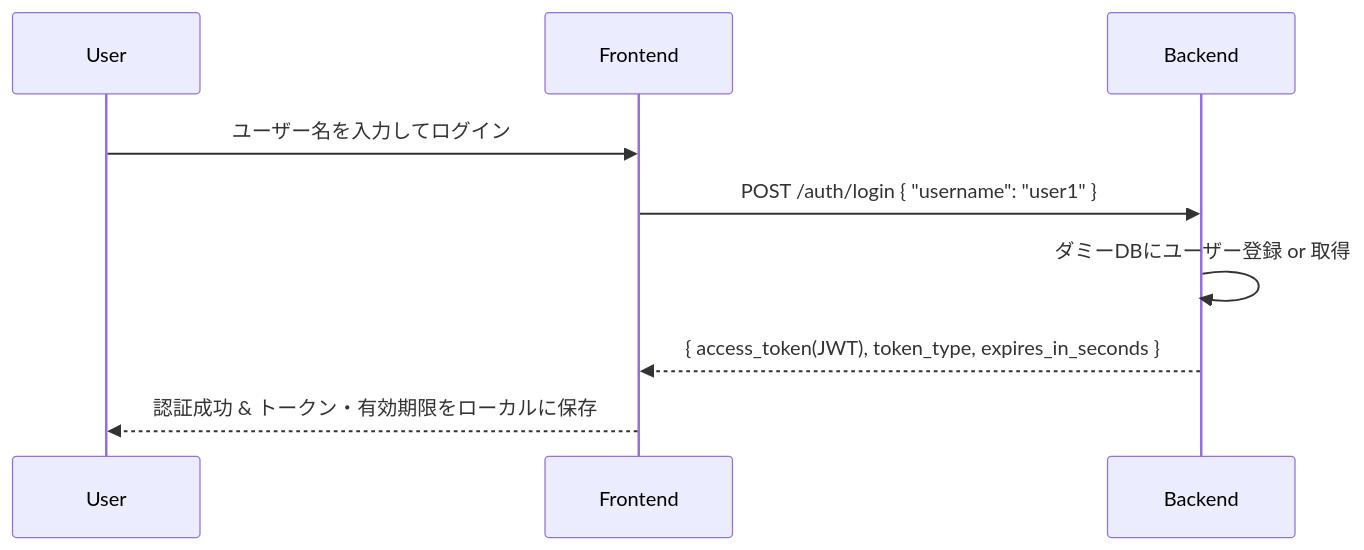
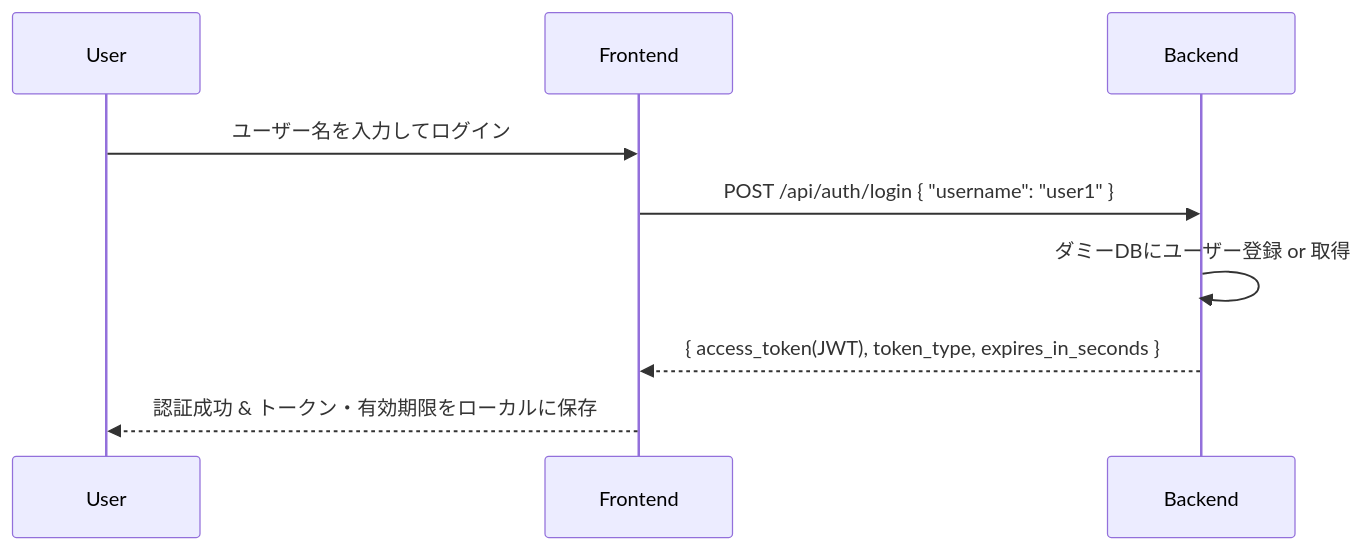
One commit to koki-ymd/stock-viewer changed the second of 6 diagrams in docs/architecture.md. Above: the diagram before and after it, drawn with Mermaid. The commit also changed other lines of this file, not shown here.

Commit message:
docs: add api prefix and minor fixes in architecture.md

````diff
--- a/docs/architecture.md
+++ b/docs/architecture.md
@@ -313,12 +316,12 @@
 ```mermaid
 sequenceDiagram
   participant U as User
   participant FE as Frontend
   participant BE as Backend
 
   U->>FE: ユーザー名を入力してログイン
-  FE->>BE: POST /auth/login { "username": "user1" }
+  FE->>BE: POST /api/auth/login { "username": "user1" }
   BE->>BE: ダミーDBにユーザー登録 or 取得
   BE-->>FE: { access_token(JWT), token_type, expires_in_seconds }
   FE-->>U: 認証成功 & トークン・有効期限をローカルに保存
 ```
````
